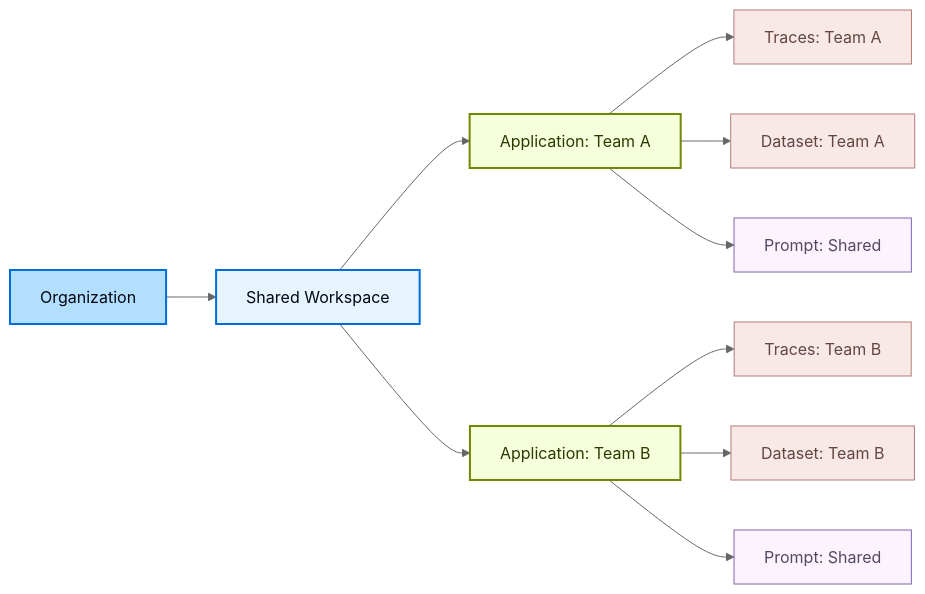
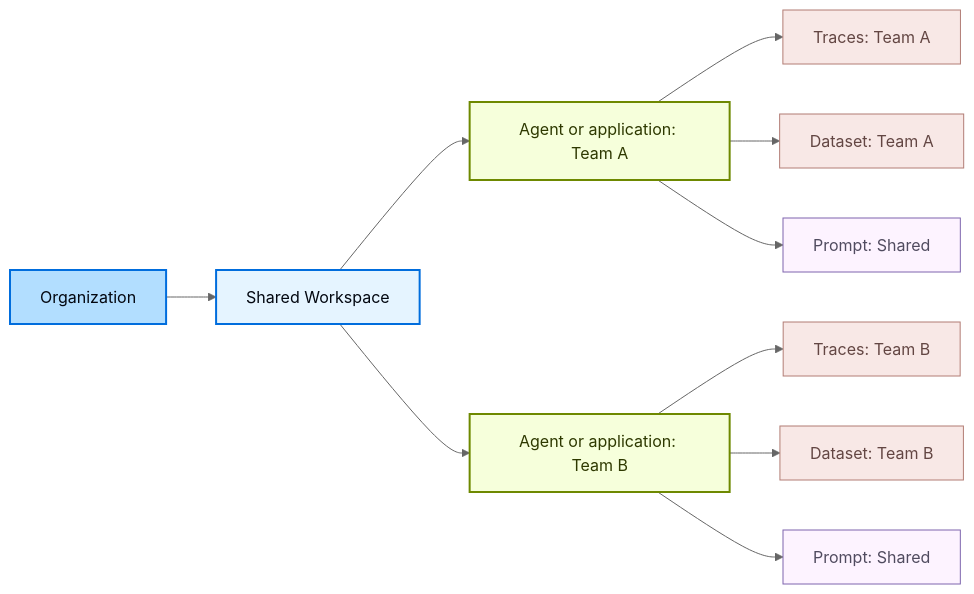
The second of 2 diagrams in agent-frameworks/langchain/pages/langsmith/workload-isolation.md (Eyre921/ofiicial-developer-docs), drawn with Mermaid (neutral theme) before and after one commit. The commit also changed other lines of this file and 320 other files, not shown here.

````diff
--- a/agent-frameworks/langchain/pages/langsmith/workload-isolation.md
+++ b/agent-frameworks/langchain/pages/langsmith/workload-isolation.md
@@ -79,42 +84,42 @@
 ```mermaid actions={false} theme={"theme":{"light":"catppuccin-latte","dark":"catppuccin-mocha"}}
 graph LR
     Org[Organization]
 
     WS[Shared Workspace]
 
-    AppA[Application: Team A]
-    AppB[Application: Team B]
+    AgentA[Agent or application: Team A]
+    AgentB[Agent or application: Team B]
 
     TracesA[Traces: Team A]
     DatasetA[Dataset: Team A]
     PromptA[Prompt: Shared]
 
     TracesB[Traces: Team B]
     DatasetB[Dataset: Team B]
     PromptB[Prompt: Shared]
 
     Org --> WS
 
-    WS --> AppA
-    WS --> AppB
+    WS --> AgentA
+    WS --> AgentB
 
-    AppA --> TracesA
-    AppA --> DatasetA
-    AppA --> PromptA
+    AgentA --> TracesA
+    AgentA --> DatasetA
+    AgentA --> PromptA
 
-    AppB --> TracesB
-    AppB --> DatasetB
-    AppB --> PromptB
+    AgentB --> TracesB
+    AgentB --> DatasetB
+    AgentB --> PromptB
 
     classDef orgStyle fill:#B2DEFF,stroke:#006DDD,stroke-width:2px,color:#030710
     classDef wsStyle fill:#E5F4FF,stroke:#006DDD,stroke-width:2px,color:#030710
     classDef appStyle fill:#F6FFDB,stroke:#6E8900,stroke-width:2px,color:#2E3900
     classDef restrictedStyle fill:#F8E8E6,stroke:#B27D75,stroke-width:1px,color:#634643
     classDef sharedStyle fill:#FDF3FF,stroke:#7E65AE,stroke-width:1px,color:#504B5F
 
     class Org orgStyle
     class WS wsStyle
-    class AppA,AppB appStyle
+    class AgentA,AgentB appStyle
     class TracesA,DatasetA,TracesB,DatasetB restrictedStyle
     class PromptA,PromptB sharedStyle
 ```
````
